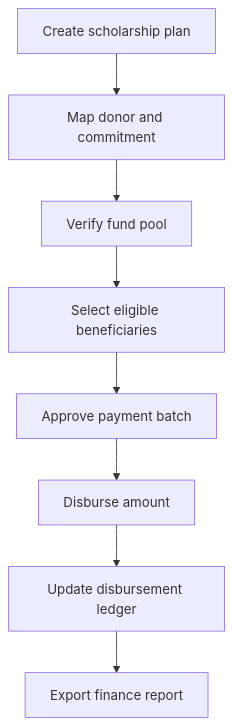
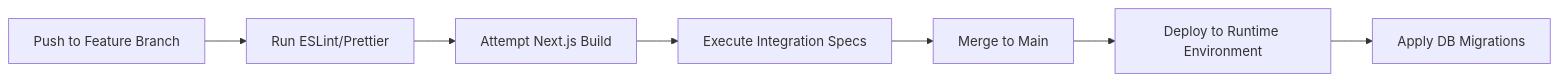
The ninth of 9 diagrams in README.md (ashwanik0777/alumni-portal), drawn with Mermaid before and after one commit. The commit also changed other lines of this file, not shown here.

````diff
--- a/README.md
+++ b/README.md
@@ -412,10 +530,9 @@
 ```mermaid
-flowchart TD
-  CreateScholarship[Create scholarship plan] --> AddDonor[Map donor and commitment]
-  AddDonor --> VerifyPool[Verify fund pool]
-  VerifyPool --> SelectBeneficiaries[Select eligible beneficiaries]
-  SelectBeneficiaries --> ApproveBatch[Approve payment batch]
-  ApproveBatch --> Disburse[Disburse amount]
-  Disburse --> UpdateLedger[Update disbursement ledger]
-  UpdateLedger --> ExportLedger[Export finance report]
+flowchart LR
+    Push[Push to Feature Branch] --> Lint[Run ESLint/Prettier]
+    Lint --> BuildTest[Attempt Next.js Build]
+    BuildTest --> Integration[Execute Integration Specs]
+    Integration --> Merge[Merge to Main]
+    Merge --> VercelEnv[Deploy to Runtime Environment]
+    VercelEnv --> RunMigrations[Apply DB Migrations]
 ```
````
